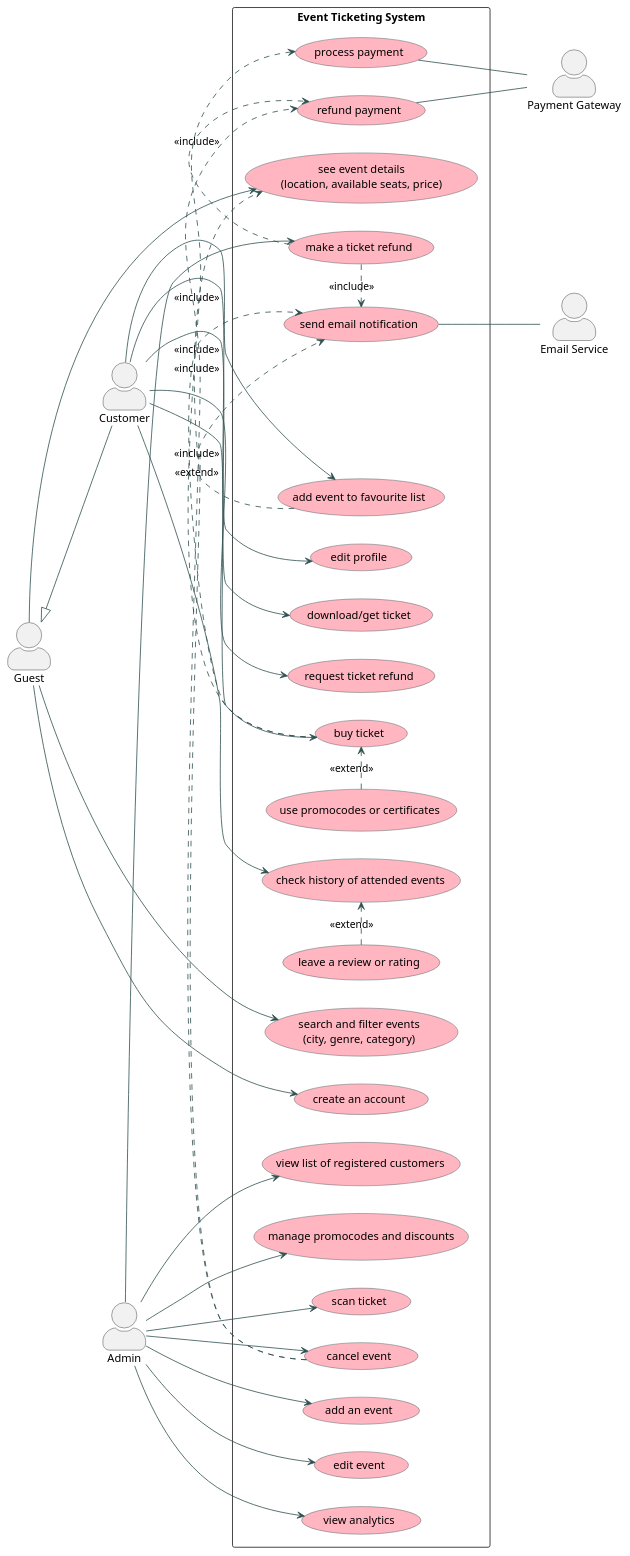
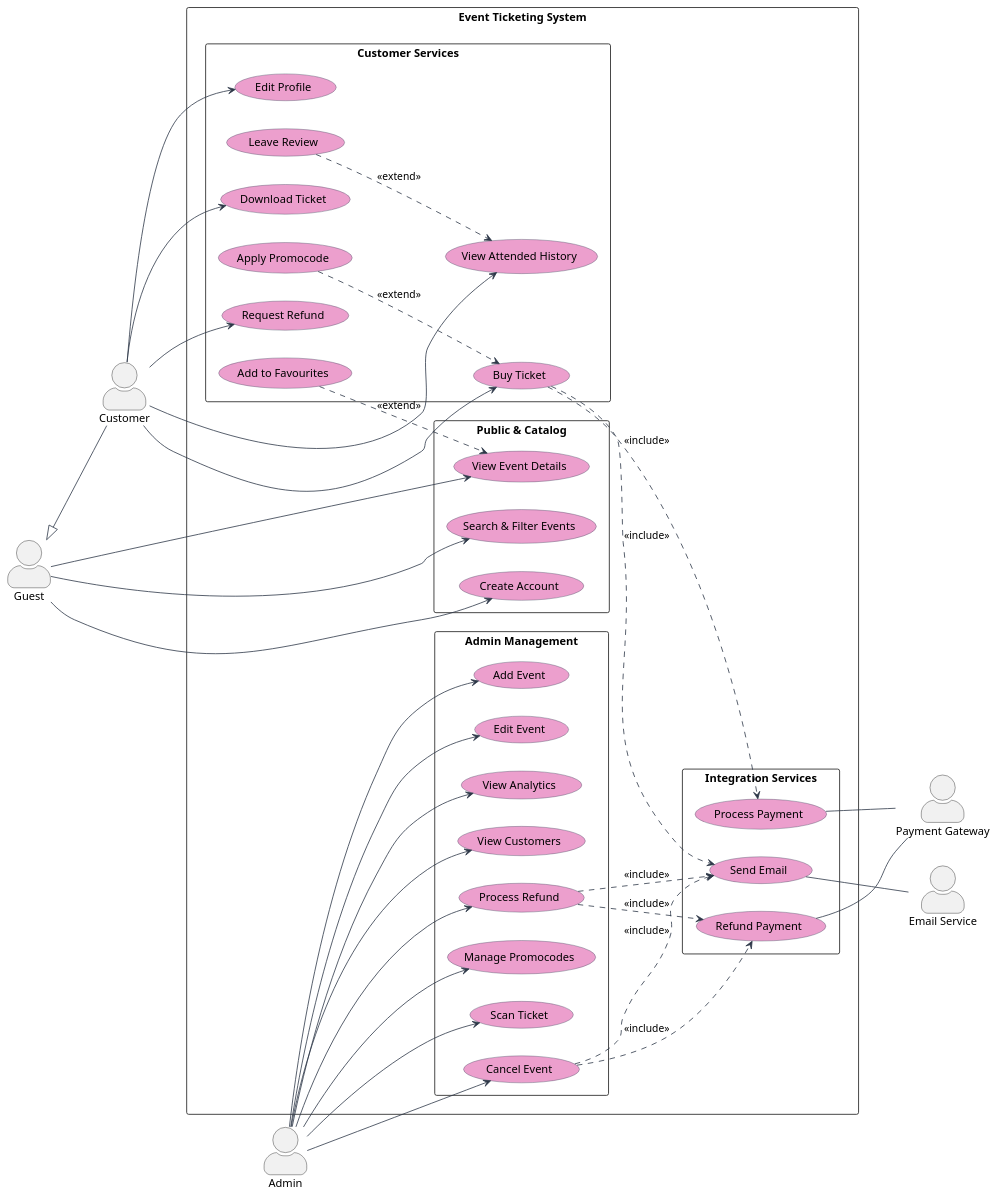
The diagram in lab2/usecase.puml (anastasiiaaz/2-course-mavpz), drawn with PlantUML before and after one commit. The commit also changed 2 other files, not shown here.

Commit message:
style: improve diagram readability

```diff
--- a/lab2/usecase.puml
+++ b/lab2/usecase.puml
@@ -1,85 +1,96 @@
 @startuml event_system
 
-left to right direction
+top to bottom direction
 skinparam packageStyle rectangle
 skinparam actorStyle awesome
 
 skinparam usecase {
-    BackgroundColor LightPink
-    BorderColor DarkSlateGray
-    ArrowColor DarkSlateGray
+    BackgroundColor #ec9fcd
+    BorderColor #4A5568
+    ArrowColor #2D3748
 }
 
+left to right direction
 actor "Guest" as Guest
 actor "Customer" as Customer
 actor "Admin" as Admin
 
 actor "Payment Gateway" as PG
 actor "Email Service" as ES
 
 Customer -up-|> Guest
 
 rectangle "Event Ticketing System" {
-    usecase "search and filter events\n(city, genre, category)" as UC1
-    usecase "see event details\n(location, available seats, price)" as UC2
-    usecase "create an account" as UC4
 
-    usecase "check history of attended events" as UC3
-    usecase "edit profile" as UC5
-    usecase "add event to favourite list" as UC6
-    usecase "buy ticket" as UC7
-    usecase "download/get ticket" as UC8
-    usecase "use promocodes or certificates" as UC9
-    usecase "request ticket refund" as UC16
-    usecase "leave a review or rating" as UC17
+    package "Public & Catalog" {
+        usecase "Search & Filter Events" as UC1
+        usecase "View Event Details" as UC2
+        usecase "Create Account" as UC4
+    }
 
-    usecase "add an event" as UC10
-    usecase "edit event" as UC11
-    usecase "view analytics" as UC12
-    usecase "view list of registered customers" as UC13
-    usecase "make a ticket refund" as UC14
-    usecase "manage promocodes and discounts" as UC15
-    usecase "scan ticket" as UC18
-    usecase "cancel event" as UC19
+    package "Customer Services" {
+        usecase "View Attended History" as UC3
+        usecase "Edit Profile" as UC5
+        usecase "Add to Favourites" as UC6
+        usecase "Buy Ticket" as UC7
+        usecase "Download Ticket" as UC8
+        usecase "Apply Promocode" as UC9
+        usecase "Request Refund" as UC16
+        usecase "Leave Review" as UC17
+    }
 
-    usecase "process payment" as UC20
-    usecase "refund payment" as UC21
-    usecase "send email notification" as UC22
+    package "Admin Management" {
+        usecase "Add Event" as UC10
+        usecase "Edit Event" as UC11
+        usecase "View Analytics" as UC12
+        usecase "View Customers" as UC13
+        usecase "Process Refund" as UC14
+        usecase "Manage Promocodes" as UC15
+        usecase "Scan Ticket" as UC18
+        usecase "Cancel Event" as UC19
+    }
+
+    package "Integration Services" {
+        usecase "Process Payment" as UC20
+        usecase "Refund Payment" as UC21
+        usecase "Send Email" as UC22
+    }
 }
 
 Guest --> UC1
 Guest --> UC2
 Guest --> UC4
 
 Customer --> UC3
 Customer --> UC5
-Customer --> UC6
 Customer --> UC7
 Customer --> UC8
 Customer --> UC16
 
 Admin --> UC10
 Admin --> UC11
 Admin --> UC12
 Admin --> UC13
 Admin --> UC14
 Admin --> UC15
 Admin --> UC18
 Admin --> UC19
 
+UC9  ..> UC7 : <<extend>>
+UC6  ..> UC2 : <<extend>>
+UC17 ..> UC3 : <<extend>>
+
+UC7  ..> UC20 : <<include>>
+UC7  ..> UC22 : <<include>>
+
+UC14 ..> UC21 : <<include>>
+UC14 ..> UC22 : <<include>>
+
+UC19 ..> UC21 : <<include>>
+UC19 ..> UC22 : <<include>>
+
 UC20 -- PG
 UC21 -- PG
 UC22 -- ES
 
-UC7  .> UC20 : <<include>>
-UC7  .> UC22 : <<include>>
-UC14 .> UC21 : <<include>>
-UC14 .> UC22 : <<include>>
-UC19 .> UC21 : <<include>>
-UC19 .> UC22 : <<include>>
-
-UC9  .> UC7  : <<extend>>
-UC17 .> UC3  : <<extend>>
-UC6  .> UC2  : <<extend>>
-
 @enduml
```
